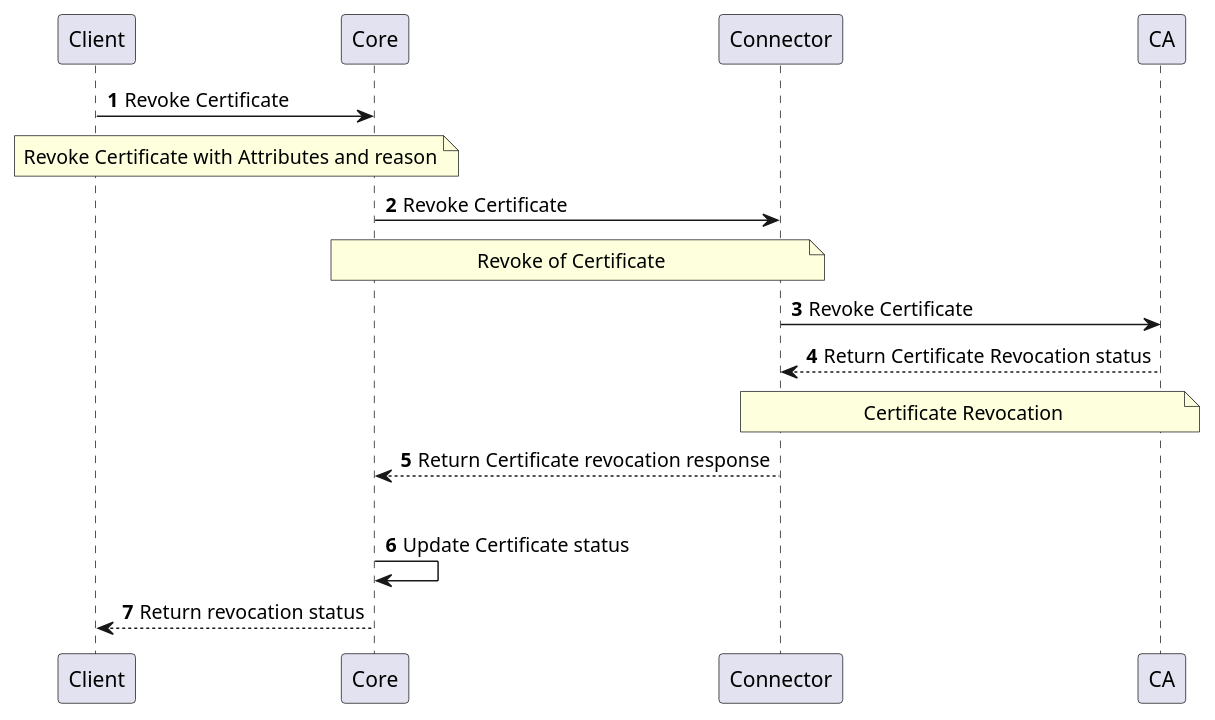
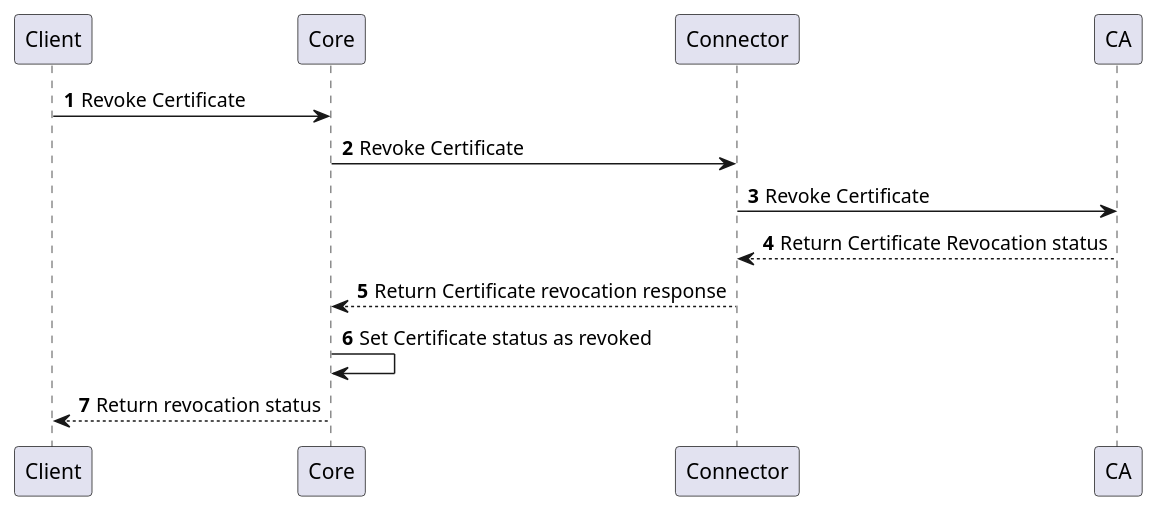
Before and after one commit to CZERTAINLY/CZERTAINLY-Documentation: the sixth of 6 diagrams in docs/12-connectors/05-description/22-authority-provider-legacy.md, drawn with PlantUML. The commit also changed other lines of this file and 8 other files, not shown here.

First line of the commit message:
Update description of plantuml diagrams on the providers

````diff
--- a/docs/12-connectors/05-description/22-authority-provider-legacy.md
+++ b/docs/12-connectors/05-description/22-authority-provider-legacy.md
@@ -71,17 +127,13 @@
 ```plantuml
     @startuml
     autonumber
     skinparam topurl https://docs.czertainly.com/api/
         Client -> Core [[core-client-operations/#tag/Legacy-Client-Operations-API/operation/revokeCertificate_1]]: Revoke Certificate
-        note over Client,Core: Revoke Certificate with Attributes and reason
         Core -> Connector [[connector-authority-provider-legacy/#tag/Certificate-Management-API/operation/revokeCertificate]]: Revoke Certificate
-        note over Core,Connector: Revoke of Certificate
         Connector -> CA: Revoke Certificate
         CA --> Connector: Return Certificate Revocation status
-        note over Connector,CA: Certificate Revocation
         Connector --> Core: Return Certificate revocation response
-        |||
-        Core -> Core : Update Certificate status
+        Core -> Core : Set Certificate status as revoked
         Core --> Client: Return revocation status
     @enduml
 ```
````
